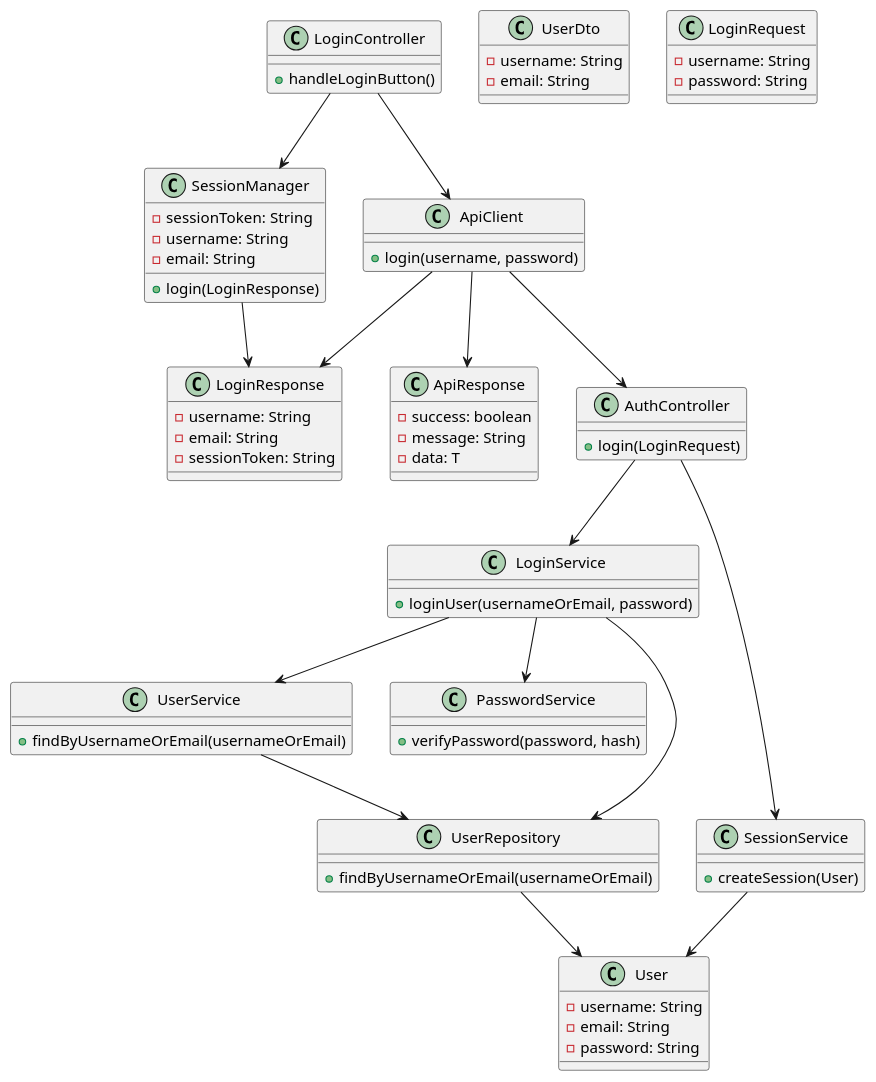
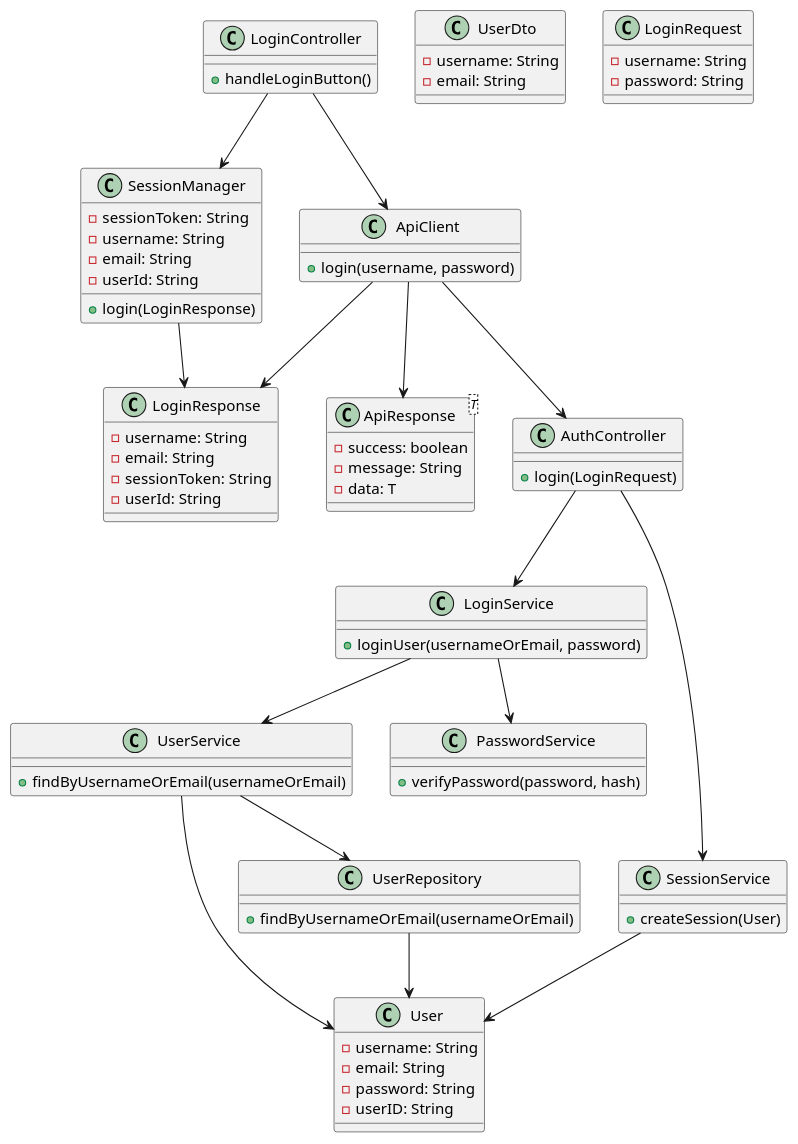
Before and after one commit to ErFjeldheim/moosemate: the diagram in docs/release3/class-diagram.puml, drawn with PlantUML. The commit also changed 1 other file, not shown here.

Commit message:
docs: fix class diagram to match codebase
Correct class diagram to accurately reflect actual implementation:
- Add missing userID field to User, LoginResponse, and SessionManager
- Update ApiResponse to show generic type parameter <T>
- Fix relationship arrows: remove incorrect LoginService->UserRepository
- Add missing UserService->User relationship
- Regenerate SVG diagram with corrections

```diff
--- a/docs/release3/class-diagram.puml
+++ b/docs/release3/class-diagram.puml
@@ -1,83 +1,86 @@
 @startuml
 ' Core domain classes
 class User {
   - username: String
   - email: String
   - password: String
+  - userID: String
 }
 
 class UserDto {
   - username: String
   - email: String
 }
 
 class LoginRequest {
   - username: String
   - password: String
 }
 
 class LoginResponse {
   - username: String
   - email: String
   - sessionToken: String
+  - userId: String
 }
 
-class ApiResponse {
+class ApiResponse<T> {
   - success: boolean
   - message: String
   - data: T
 }
 
 ' UI classes
 class LoginController {
   + handleLoginButton()
 }
 class SessionManager {
   - sessionToken: String
   - username: String
   - email: String
+  - userId: String
   + login(LoginResponse)
 }
 class ApiClient {
   + login(username, password)
 }
 
 ' REST classes
 class AuthController {
   + login(LoginRequest)
 }
 class LoginService {
   + loginUser(usernameOrEmail, password)
 }
 class UserService {
   + findByUsernameOrEmail(usernameOrEmail)
 }
 class PasswordService {
   + verifyPassword(password, hash)
 }
 class SessionService {
   + createSession(User)
 }
 
 ' Persistence
 class UserRepository {
   + findByUsernameOrEmail(usernameOrEmail)
 }
 
 ' Relationships
 LoginController --> ApiClient
 LoginController --> SessionManager
 ApiClient --> AuthController
 AuthController --> LoginService
 LoginService --> UserService
 LoginService --> PasswordService
-LoginService --> UserRepository
 AuthController --> SessionService
 SessionService --> User
 UserService --> UserRepository
+UserService --> User
 UserRepository --> User
 SessionManager --> LoginResponse
 ApiClient --> LoginResponse
 ApiClient --> ApiResponse
 
 @enduml
```
